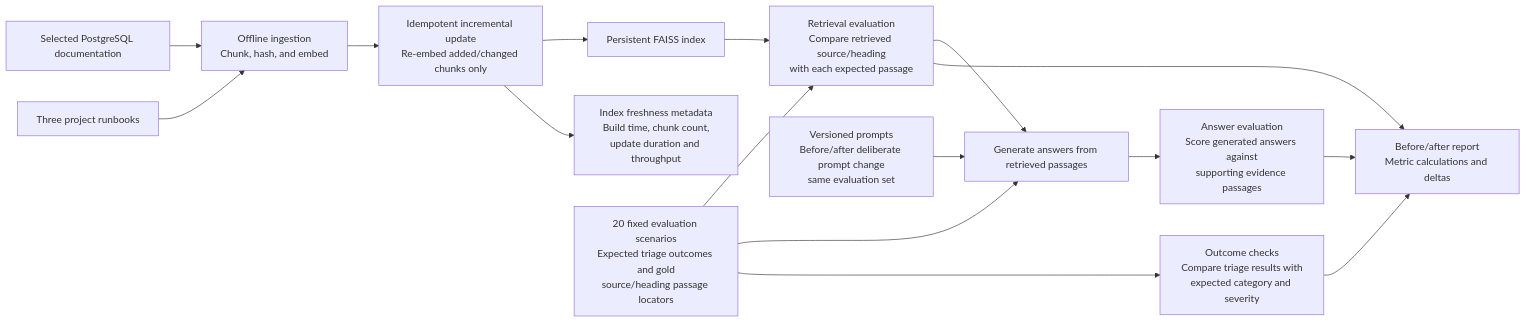
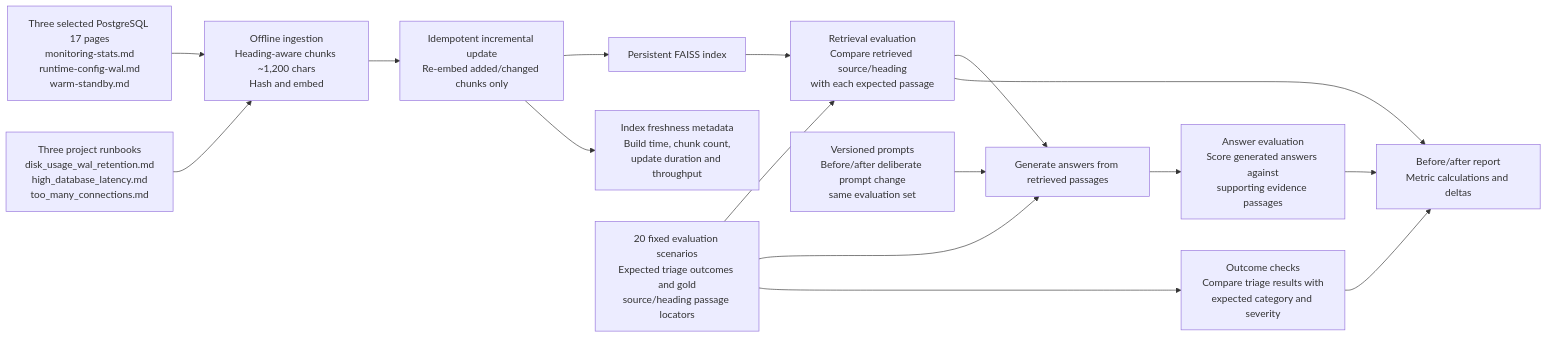
One commit to proindra/Production-Incident-Triage changed the third of 3 diagrams in README.md. Above: the diagram before and after it, drawn with Mermaid. The commit also changed other lines of this file, not shown here.

Commit message:
docs: clarify indexed RAG corpus and chunks

````diff
--- a/README.md
+++ b/README.md
@@ -163,31 +163,31 @@
 ```mermaid
 flowchart LR
-    Docs[Selected PostgreSQL documentation]
-    Runbooks[Three project runbooks]
-    Ingest[Offline ingestion<br/>Chunk, hash, and embed]
+    Docs[Three selected PostgreSQL 17 pages<br/>monitoring-stats.md<br/>runtime-config-wal.md<br/>warm-standby.md]
+    Runbooks[Three project runbooks<br/>disk_usage_wal_retention.md<br/>high_database_latency.md<br/>too_many_connections.md]
+    Ingest[Offline ingestion<br/>Heading-aware chunks ~1,200 chars<br/>Hash and embed]
     Index[Persistent FAISS index]
     Metadata[Index freshness metadata<br/>Build time, chunk count,<br/>update duration and throughput]
     Update[Idempotent incremental update<br/>Re-embed added/changed chunks only]
     Scenarios[20 fixed evaluation scenarios<br/>Expected triage outcomes and gold<br/>source/heading passage locators]
     Retrieval[Retrieval evaluation<br/>Compare retrieved source/heading<br/>with each expected passage]
     Prompts[Versioned prompts<br/>Before/after deliberate prompt change<br/>same evaluation set]
     Generate[Generate answers from retrieved passages]
     Answer[Answer evaluation<br/>Score generated answers against<br/>supporting evidence passages]
     Outcomes[Outcome checks<br/>Compare triage results with<br/>expected category and severity]
     Metrics[Before/after report<br/>Metric calculations and deltas]
 
     Docs --> Ingest
     Runbooks --> Ingest
     Ingest --> Update --> Index
     Update --> Metadata
     Index --> Retrieval
     Scenarios --> Retrieval
     Retrieval --> Generate
     Scenarios --> Generate
     Prompts --> Generate
     Generate --> Answer
     Scenarios --> Outcomes
     Answer --> Metrics
     Retrieval --> Metrics
     Outcomes --> Metrics
 ```
````
